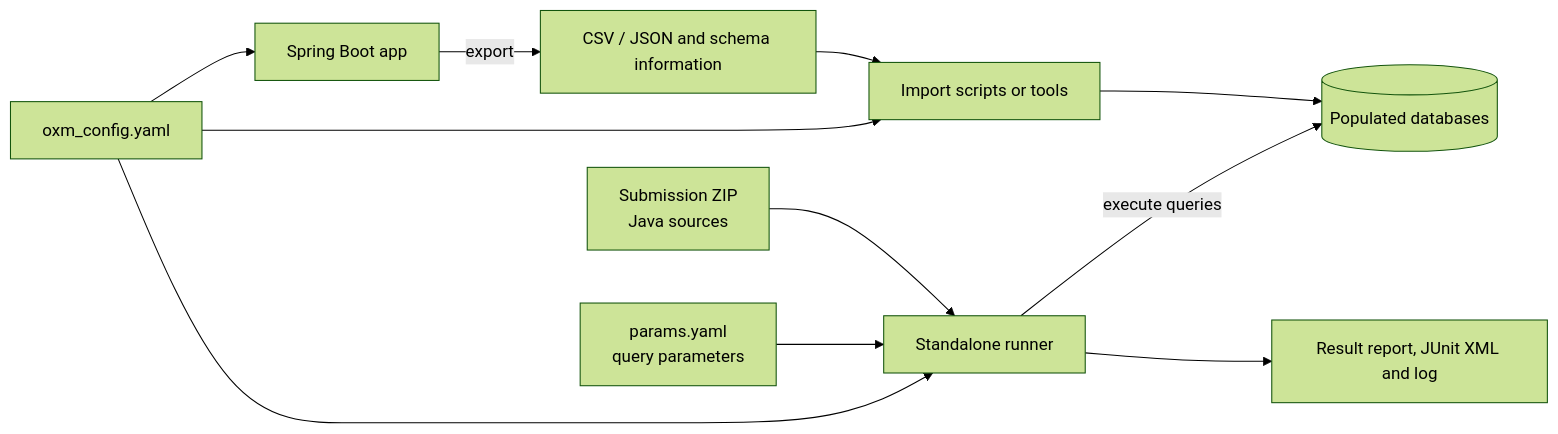
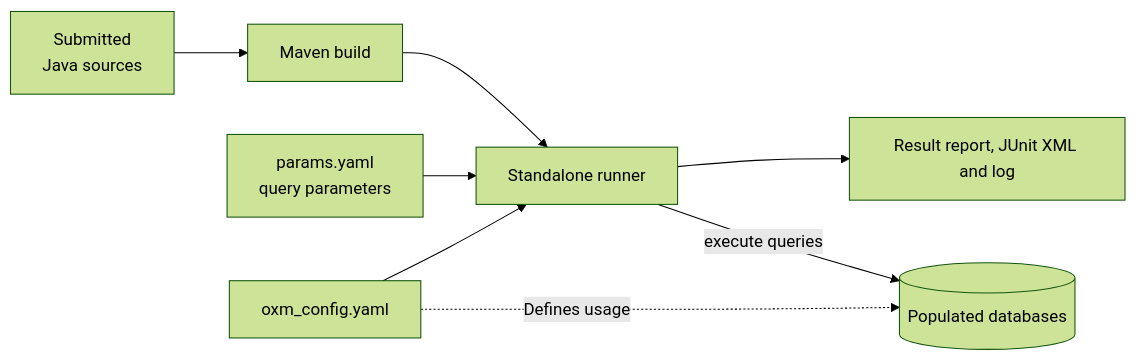
Before and after one commit to SimekJan/oxm-benchmark: the first of 3 diagrams in docs/RUNNER_ARCHITECTURE.md, drawn with Mermaid (forest theme). The commit also changed other lines of this file and 25 other files, not shown here.

Commit message:
Add basic Runner architecture. Queries and Entities are now loaded by hard-coding

````diff
--- a/docs/RUNNER_ARCHITECTURE.md
+++ b/docs/RUNNER_ARCHITECTURE.md
@@ -7,13 +7,11 @@
 ```mermaid
 flowchart LR
-    APP["Spring Boot app"] -->|export| DATA["CSV / JSON and schema information"]
-    DATA --> IMPORT["Import scripts or tools"]
-    IMPORT --> DB[("Populated databases")]
-    ZIP["Submission ZIP<br/>Java sources"] --> RUN["Standalone runner"]
+    DB[("Populated databases")]
+    SRC["Submitted<br/>Java sources"] --> BUILD["Maven build"]
+    BUILD --> RUN["Standalone runner"]
     PARAMS["params.yaml<br/>query parameters"] --> RUN
-    CONFIG["oxm_config.yaml"] --> APP
-    CONFIG --> IMPORT
+    CONFIG["oxm_config.yaml"] -. Defines usage .-> DB
     CONFIG --> RUN
     RUN -->|execute queries| DB
     RUN --> OUT["Result report, JUnit XML and log"]
 ```
````
